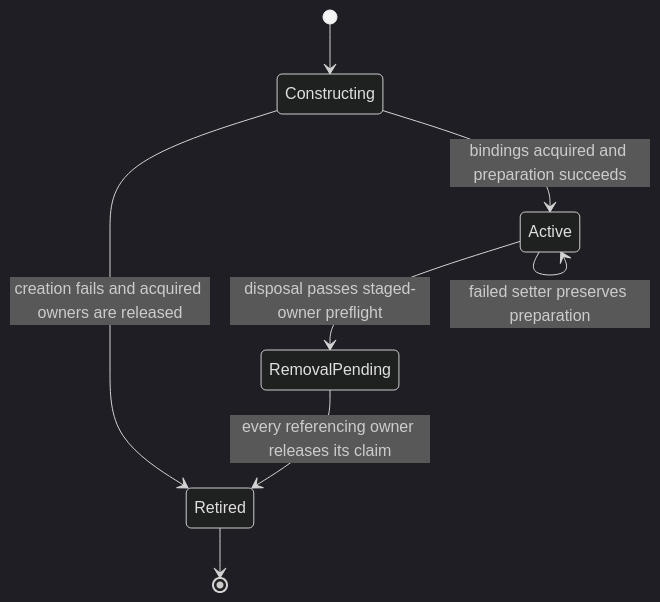
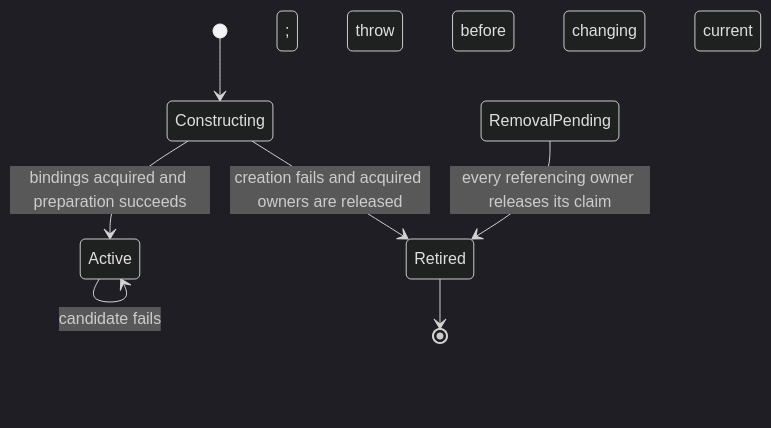
The first of 3 diagrams in .agents/docs/planning/retained-text-assignment.md (pmndrs/glyph), drawn with Mermaid (dark theme) before and after one commit. The commit also changed other lines of this file and 26 other files, not shown here.

First line of the commit message:
docs(perf): reconcile held rope architecture and handoff plan

````diff
--- a/.agents/docs/planning/retained-text-assignment.md
+++ b/.agents/docs/planning/retained-text-assignment.md
@@ -165,11 +194,11 @@
 ```mermaid
 stateDiagram-v2
     [*] --> Constructing
     Constructing --> Active: bindings acquired and preparation succeeds
     Constructing --> Retired: creation fails and acquired owners are released
     Active --> Active: successful setter replaces preparation
-    Active --> Active: failed setter preserves preparation
+    Active --> Active: candidate fails; throw before changing current state
     Active --> RemovalPending: disposal passes staged-owner preflight
     RemovalPending --> Retired: every referencing owner releases its claim
     Retired --> [*]
 ```
````
